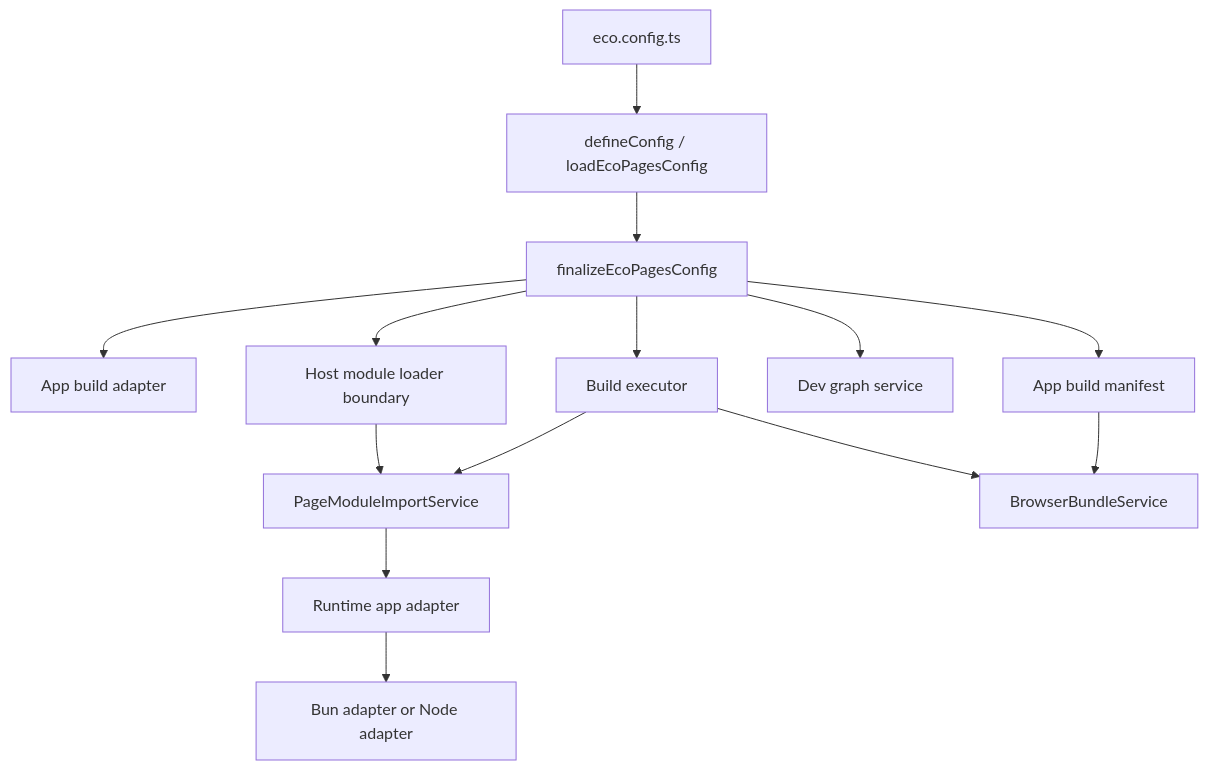
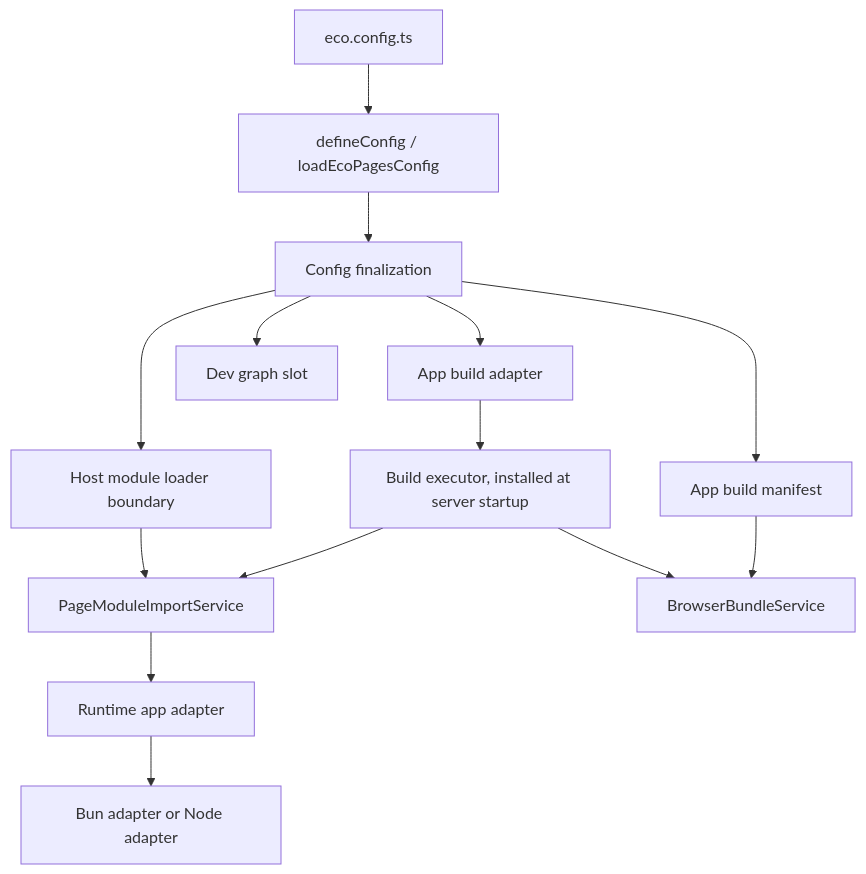
The first of 2 diagrams in packages/core/README.md (ecopages/ecopages), drawn with Mermaid before and after one commit. The commit also changed other lines of this file and 74 other files, not shown here.

````diff
--- a/packages/core/README.md
+++ b/packages/core/README.md
@@ -31,16 +31,16 @@
 ```mermaid
 flowchart TD
 	A[eco.config.ts] --> B[defineConfig / loadEcoPagesConfig]
-	B --> C[finalizeEcoPagesConfig]
+	B --> C[Config finalization]
 	C --> D[App build adapter]
 	C --> E[App build manifest]
-	C --> F[Build executor]
-	C --> G[Dev graph service]
+	C --> G[Dev graph slot]
 	C --> H[Host module loader boundary]
+	D --> F[Build executor, installed at server startup]
 	H --> I[PageModuleImportService]
 	F --> I
 	F --> J[BrowserBundleService]
 	I --> K[Runtime app adapter]
 	K --> L[Bun adapter or Node adapter]
 	E --> J
 ```
````
